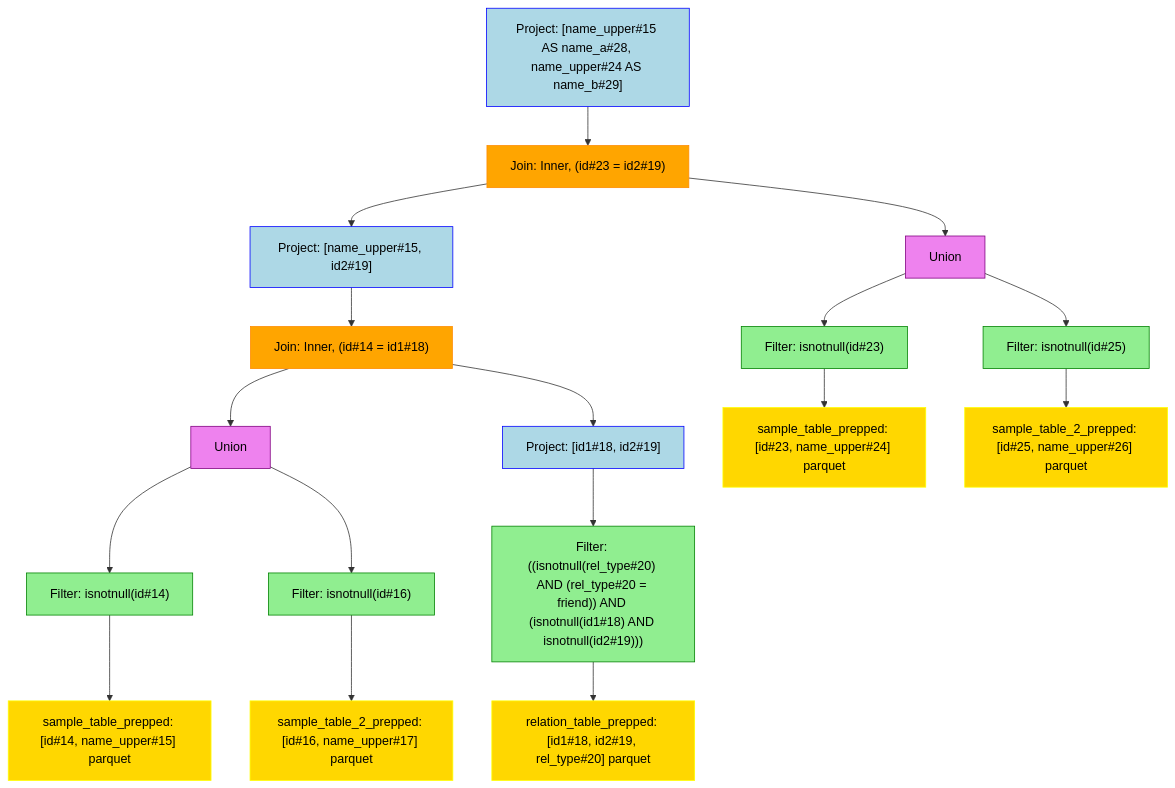
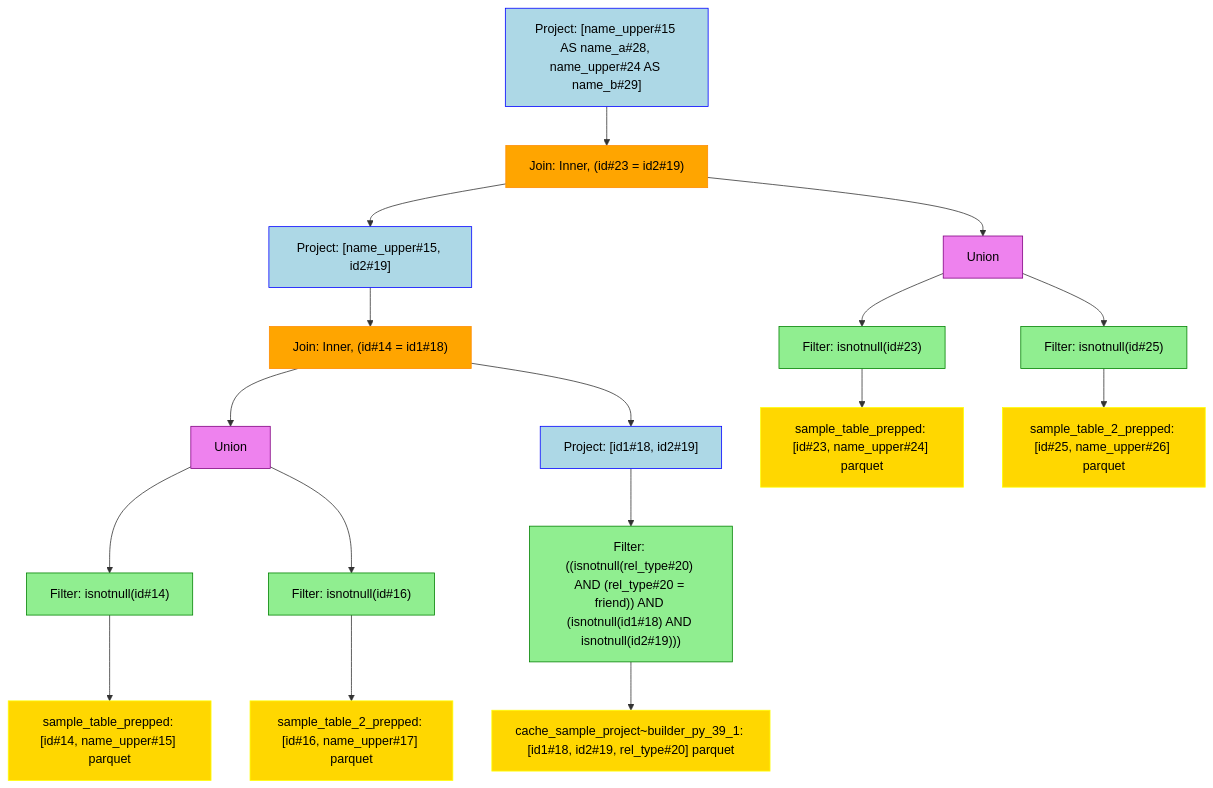
Before and after one commit to NielkNetraam/explainalyzed: the diagram in sample_project/run/visualization/business_logic_result.mmd, drawn with Mermaid. The commit also changed 10 other files, not shown here.

```diff
--- a/sample_project/run/visualization/business_logic_result.mmd
+++ b/sample_project/run/visualization/business_logic_result.mmd
@@ -1,43 +1,43 @@
 flowchart TD
     classDef PROJECT stroke:Blue,fill:LightBlue,color:black
     classDef FILTER stroke:Green,fill:LightGreen,color:black
     classDef UNION stroke:Purple,fill:Violet,color:black
     classDef JOIN stroke:DarkOrange,fill:Orange,color:black
     classDef RELATION stroke:Yellow,fill:Gold,color:black
     classDef AGGREGATE stroke:Brown,fill:Chocolate,color:black
     classDef WINDOW stroke:Aqua,fill:Cyan,color:black
 
     Project#1["Project: [name_upper#15 AS name_a#28, name_upper#24 AS name_b#29]"]:::PROJECT
     Join#11["Join: Inner, (id#23 = id2#19)"]:::JOIN
     Project#111["Project: [name_upper#15, id2#19]"]:::PROJECT
     Join#1111["Join: Inner, (id#14 = id1#18)"]:::JOIN
     Union#11111["Union"]:::UNION
     Filter#111111["Filter: isnotnull(id#14)"]:::FILTER
     Relation#1111111["sample_table_prepped: [id#14, name_upper#15] parquet"]:::RELATION
     Filter#111112["Filter: isnotnull(id#16)"]:::FILTER
     Relation#1111121["sample_table_2_prepped: [id#16, name_upper#17] parquet"]:::RELATION
     Project#11112["Project: [id1#18, id2#19]"]:::PROJECT
     Filter#111121["Filter: ((isnotnull(rel_type#20) AND (rel_type#20 = friend)) AND (isnotnull(id1#18) AND isnotnull(id2#19)))"]:::FILTER
-    Relation#1111211["relation_table_prepped: [id1#18, id2#19, rel_type#20] parquet"]:::RELATION
+    Relation#1111211["cache_sample_project~builder_py_39_1: [id1#18, id2#19, rel_type#20] parquet"]:::RELATION
     Union#112["Union"]:::UNION
     Filter#1121["Filter: isnotnull(id#23)"]:::FILTER
     Relation#11211["sample_table_prepped: [id#23, name_upper#24] parquet"]:::RELATION
     Filter#1122["Filter: isnotnull(id#25)"]:::FILTER
     Relation#11221["sample_table_2_prepped: [id#25, name_upper#26] parquet"]:::RELATION
 
     Project#1 --> Join#11
         Join#11 --> Project#111
             Project#111 --> Join#1111
                 Join#1111 --> Union#11111
                     Union#11111 --> Filter#111111
                         Filter#111111 --> Relation#1111111
                     Union#11111 --> Filter#111112
                         Filter#111112 --> Relation#1111121
                 Join#1111 --> Project#11112
                     Project#11112 --> Filter#111121
                         Filter#111121 --> Relation#1111211
         Join#11 --> Union#112
             Union#112 --> Filter#1121
                 Filter#1121 --> Relation#11211
             Union#112 --> Filter#1122
                 Filter#1122 --> Relation#11221
```
